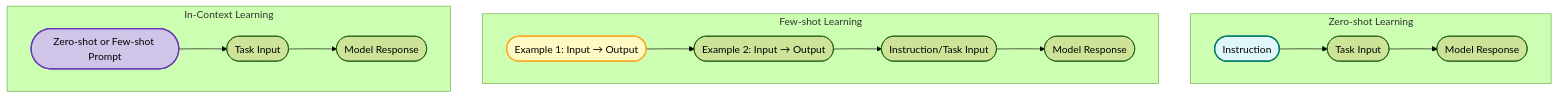
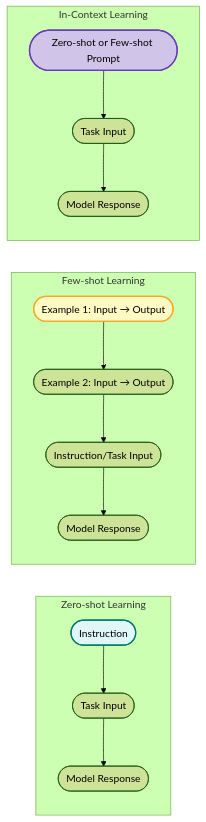
One commit to samratkar/samratkar.github.io changed the second of 4 diagrams in _posts/concepts/genai/notes-codes/attention/2025-03-14-attention-overview.md. Above: the diagram before and after it, drawn with Mermaid (forest theme). The commit also changed other lines of this file, not shown here.

````diff
--- a/_posts/concepts/genai/notes-codes/attention/2025-03-14-attention-overview.md
+++ b/_posts/concepts/genai/notes-codes/attention/2025-03-14-attention-overview.md
@@ -359,26 +355,26 @@
 ```mermaid
 
-graph TB
+graph LR
   subgraph "Zero-shot Learning"
     A1([Instruction]) --> A2([Task Input])
     A2 --> A3([Model Response])
   end
 
   subgraph "Few-shot Learning"
     B1([Example 1: Input → Output])
     B2([Example 2: Input → Output])
     B3([Instruction/Task Input])
     B1 --> B2 --> B3 --> B4([Model Response])
   end
 
   subgraph "In-Context Learning"
     C1([Zero-shot or Few-shot Prompt])
     C2([Task Input])
     C1 --> C2 --> C3([Model Response])
   end
 
   style A1 fill:#E0F7FA,stroke:#00796B,stroke-width:2px
   style B1 fill:#FFF9C4,stroke:#F9A825,stroke-width:2px
   style C1 fill:#D1C4E9,stroke:#673AB7,stroke-width:2px
 
 ```
````
